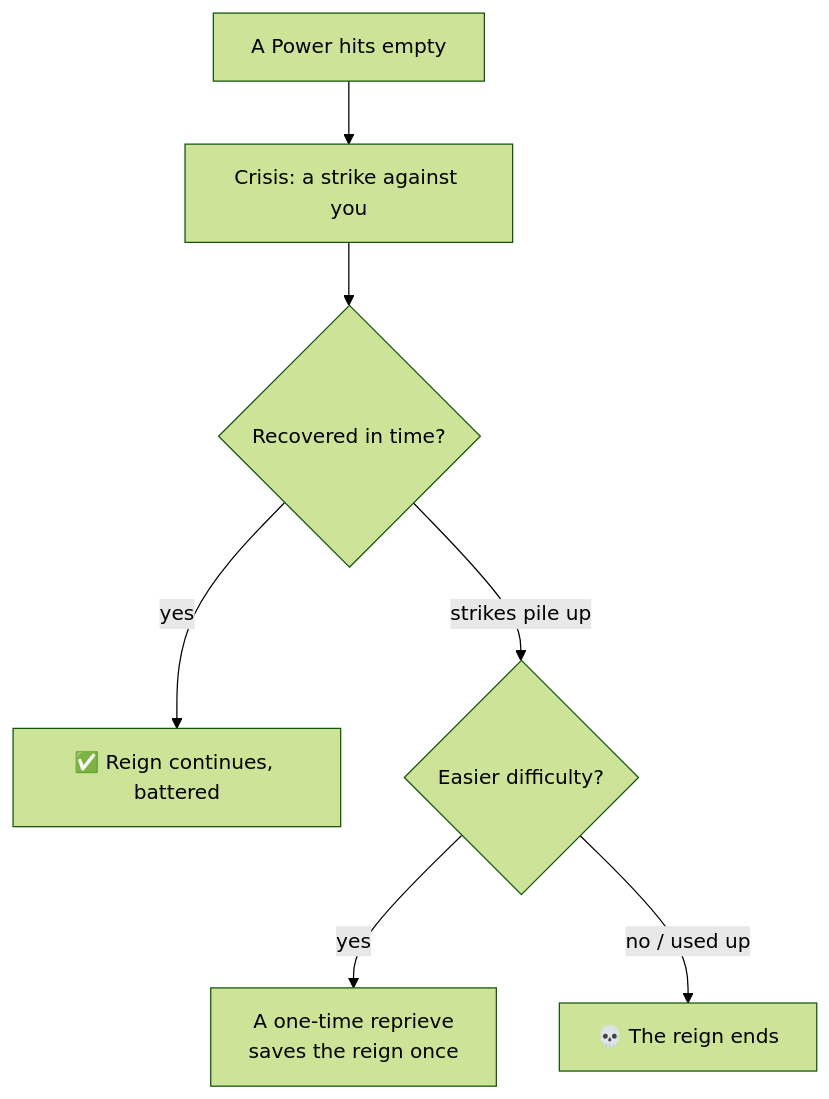
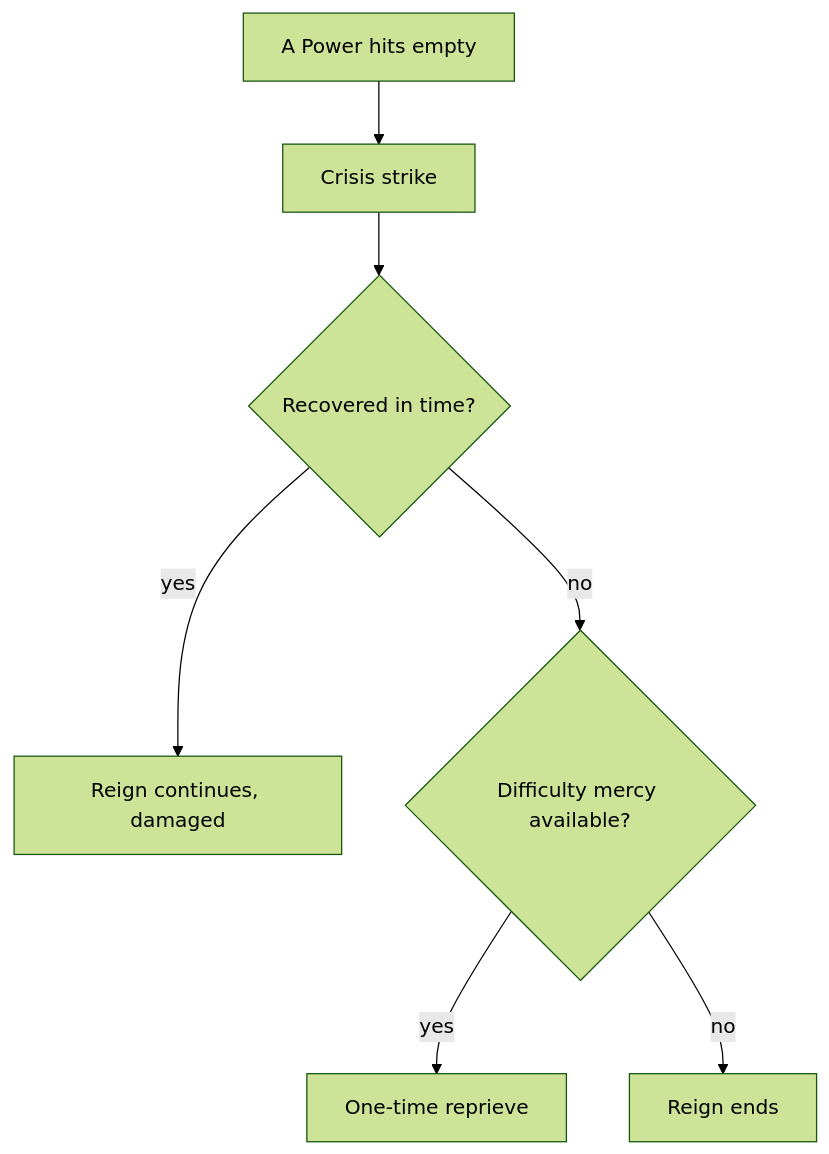
Before and after one commit to kroryan/Quartz-HispaniaBeta: the diagram in content/world/Crises and Disasters.md, drawn with Mermaid (forest theme). The commit also changed other lines of this file and 35 other files, not shown here.

````diff
--- a/content/world/Crises and Disasters.md
+++ b/content/world/Crises and Disasters.md
@@ -18,9 +18,9 @@
 ```mermaid
 flowchart TD
-    A[A Power hits empty] --> B[Crisis: a strike against you]
+    A[A Power hits empty] --> B[Crisis strike]
     B --> C{Recovered in time?}
-    C -->|yes| D[✅ Reign continues, battered]
-    C -->|strikes pile up| E{Easier difficulty?}
-    E -->|yes| F[A one-time reprieve<br/>saves the reign once]
-    E -->|no / used up| G[💀 The reign ends]
+    C -->|yes| D[Reign continues, damaged]
+    C -->|no| E{Difficulty mercy available?}
+    E -->|yes| F[One-time reprieve]
+    E -->|no| G[Reign ends]
 ```
````
